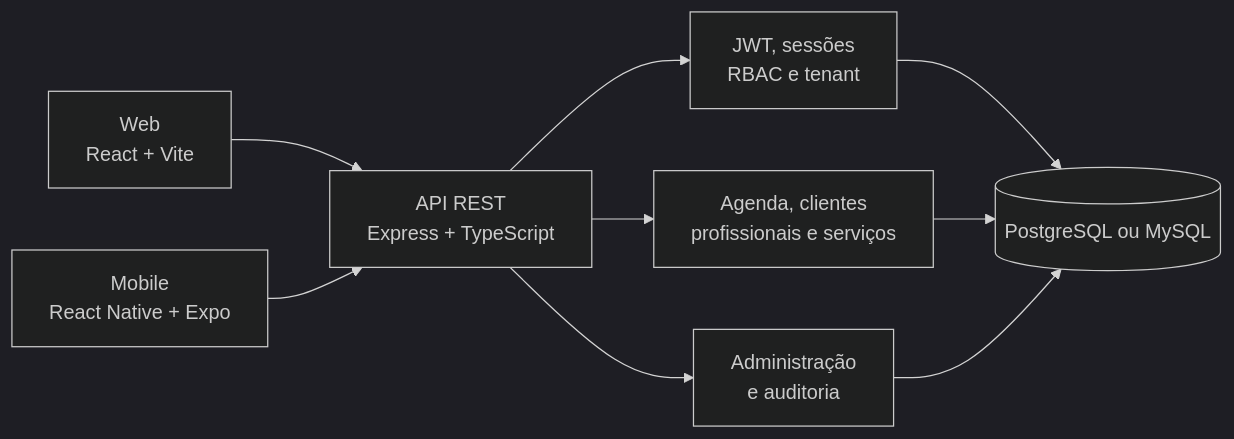
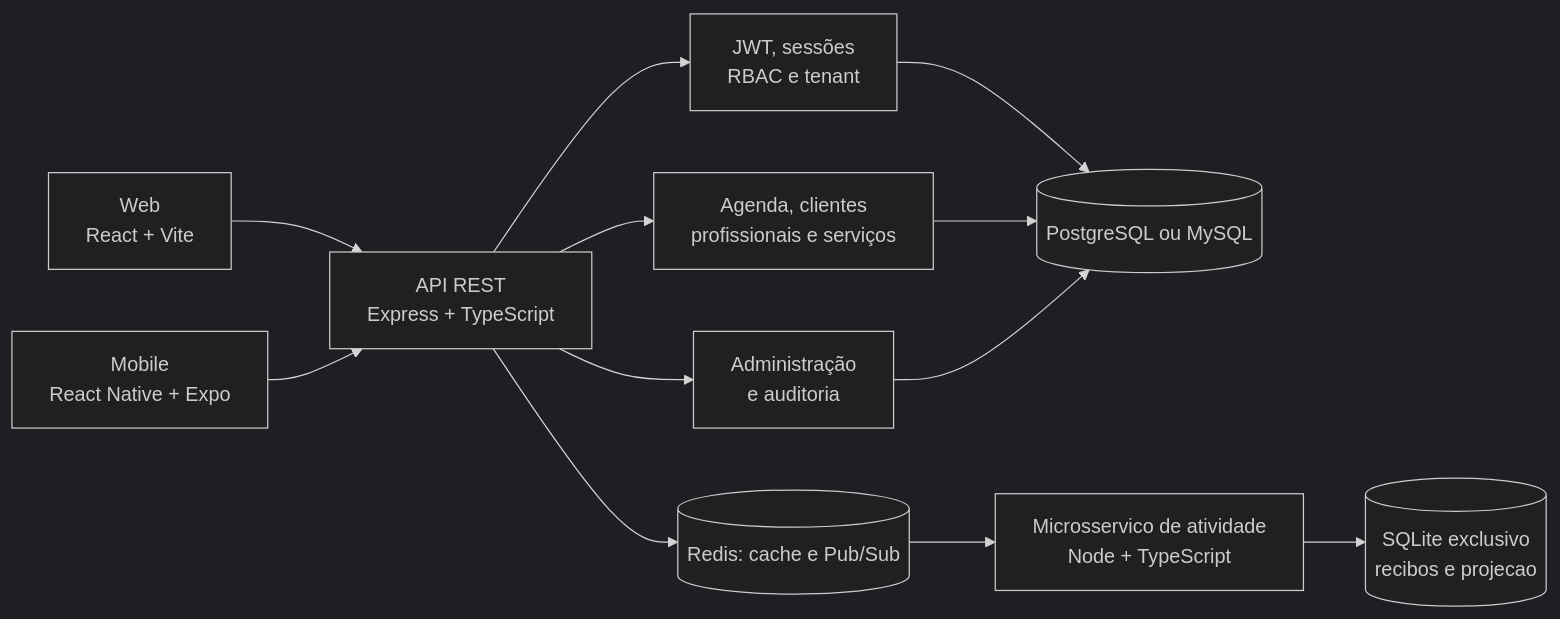
One commit to Luizbc2/Schedra changed the diagram in README.md. Above: the diagram before and after it, drawn with Mermaid (dark theme). The commit also changed other lines of this file and 12 other files, not shown here.

````diff
--- a/README.md
+++ b/README.md
@@ -45,11 +45,14 @@
 ```mermaid
 flowchart LR
     WEB[Web<br/>React + Vite] --> API[API REST<br/>Express + TypeScript]
     APP[Mobile<br/>React Native + Expo] --> API
     API --> AUTH[JWT, sessões<br/>RBAC e tenant]
     API --> DOMAIN[Agenda, clientes<br/>profissionais e serviços]
     API --> ADMIN[Administração<br/>e auditoria]
     AUTH --> DB[(PostgreSQL ou MySQL)]
     DOMAIN --> DB
     ADMIN --> DB
+    API --> REDIS[(Redis: cache e Pub/Sub)]
+    REDIS --> EVENTS[Microsservico de atividade<br/>Node + TypeScript]
+    EVENTS --> EVENTDB[(SQLite exclusivo<br/>recibos e projecao)]
 ```
````
